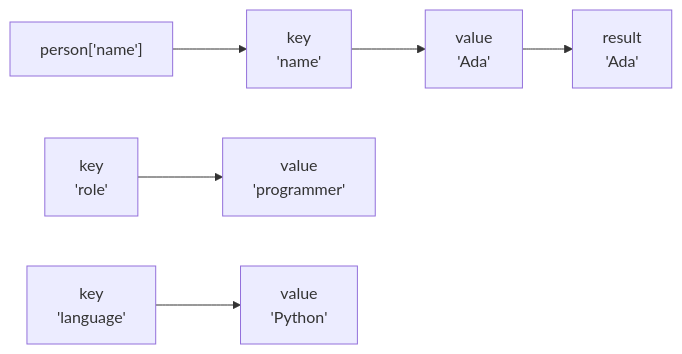
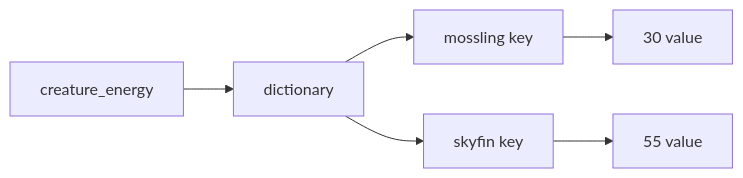
One commit to freecampus/python changed the diagram in docs/courses/python-foundations/units/collections-iteration/dictionaries.qmd. Above: the diagram before and after it, drawn with Mermaid. The commit also changed other lines of this file and 20 other files, not shown here.

````diff
--- a/docs/courses/python-foundations/units/collections-iteration/dictionaries.qmd
+++ b/docs/courses/python-foundations/units/collections-iteration/dictionaries.qmd
@@ -46,10 +138,10 @@
 ```{mermaid}
 %%| echo: false
 %%| eval: true
 flowchart LR
-  key1["key<br/>'name'"] --> value1["value<br/>'Ada'"]
-  key2["key<br/>'role'"] --> value2["value<br/>'programmer'"]
-  key3["key<br/>'language'"] --> value3["value<br/>'Python'"]
-  lookup["person['name']"] --> key1
-  value1 --> result["result<br/>'Ada'"]
+    A["creature_energy"] --> B["dictionary"]
+    B --> C["mossling key"]
+    C --> D["30 value"]
+    B --> E["skyfin key"]
+    E --> F["55 value"]
 ```
````
